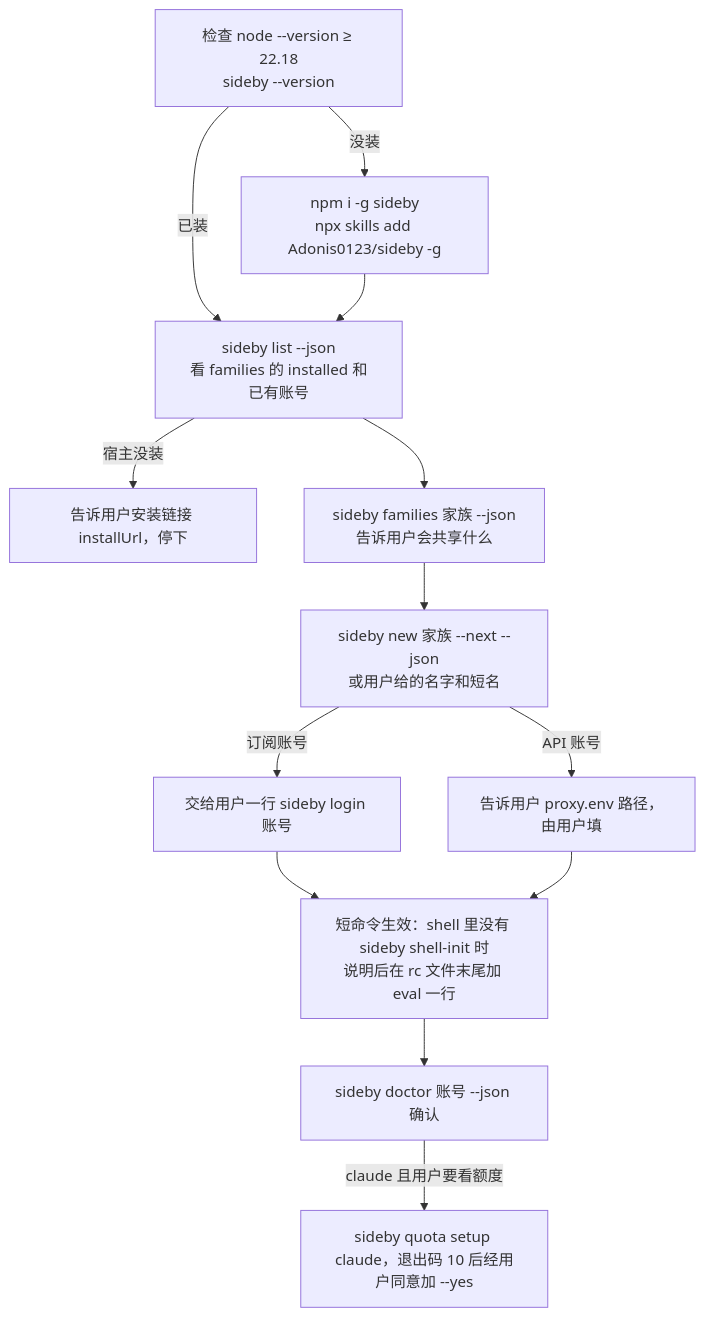
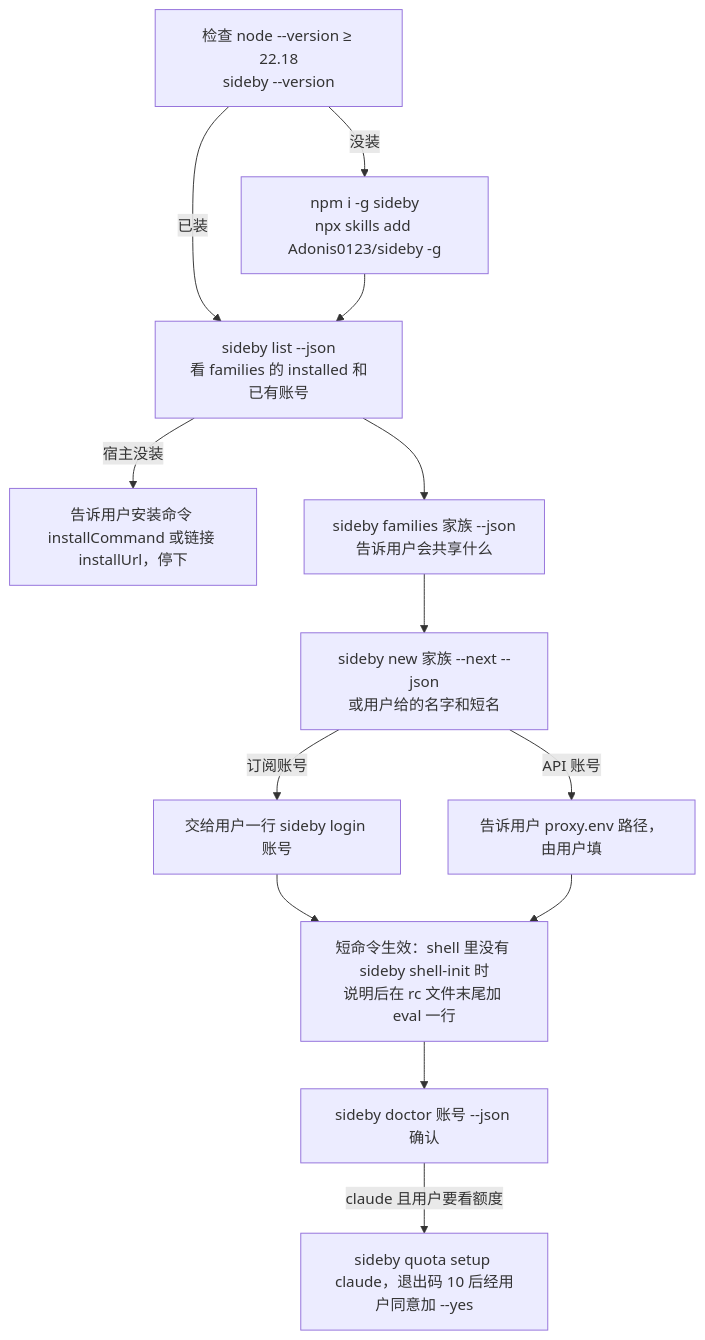
The second of 2 diagrams in docs/specs/2026-10-05-sideby-v0.1-design.md (Adonis0123/sideby), drawn with Mermaid before and after one commit. The commit also changed other lines of this file and 17 other files, not shown here.

First line of the commit message:
✨ feat(families): show a Host's install command and tell a broken install from a missing one

````diff
--- a/docs/specs/2026-10-05-sideby-v0.1-design.md
+++ b/docs/specs/2026-10-05-sideby-v0.1-design.md
@@ -524,15 +525,15 @@
 ```mermaid
 flowchart TD
   A[检查 node --version ≥ 22.18<br>sideby --version] -->|没装| B[npm i -g sideby<br>npx skills add Adonis0123/sideby -g]
   A -->|已装| C
   B --> C[sideby list --json<br>看 families 的 installed 和已有账号]
-  C -->|宿主没装| X[告诉用户安装链接 installUrl，停下]
+  C -->|宿主没装| X[告诉用户安装命令 installCommand 或链接 installUrl，停下]
   C --> D[sideby families 家族 --json<br>告诉用户会共享什么]
   D --> E[sideby new 家族 --next --json<br>或用户给的名字和短名]
   E -->|订阅账号| F[交给用户一行 sideby login 账号]
   E -->|API 账号| G[告诉用户 proxy.env 路径，由用户填]
   F --> H[短命令生效：shell 里没有 sideby shell-init 时<br>说明后在 rc 文件末尾加 eval 一行]
   G --> H
   H --> I[sideby doctor 账号 --json 确认]
   I -->|claude 且用户要看额度| J[sideby quota setup claude，退出码 10 后经用户同意加 --yes]
 ```
````
